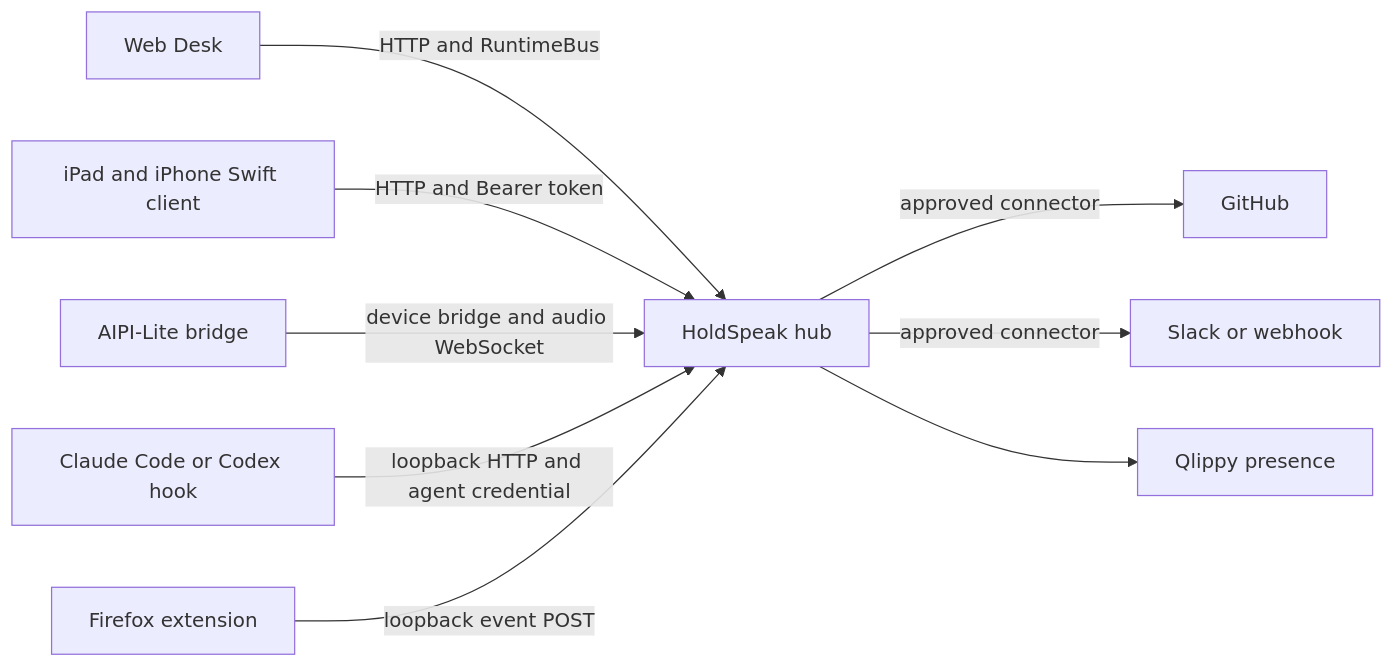
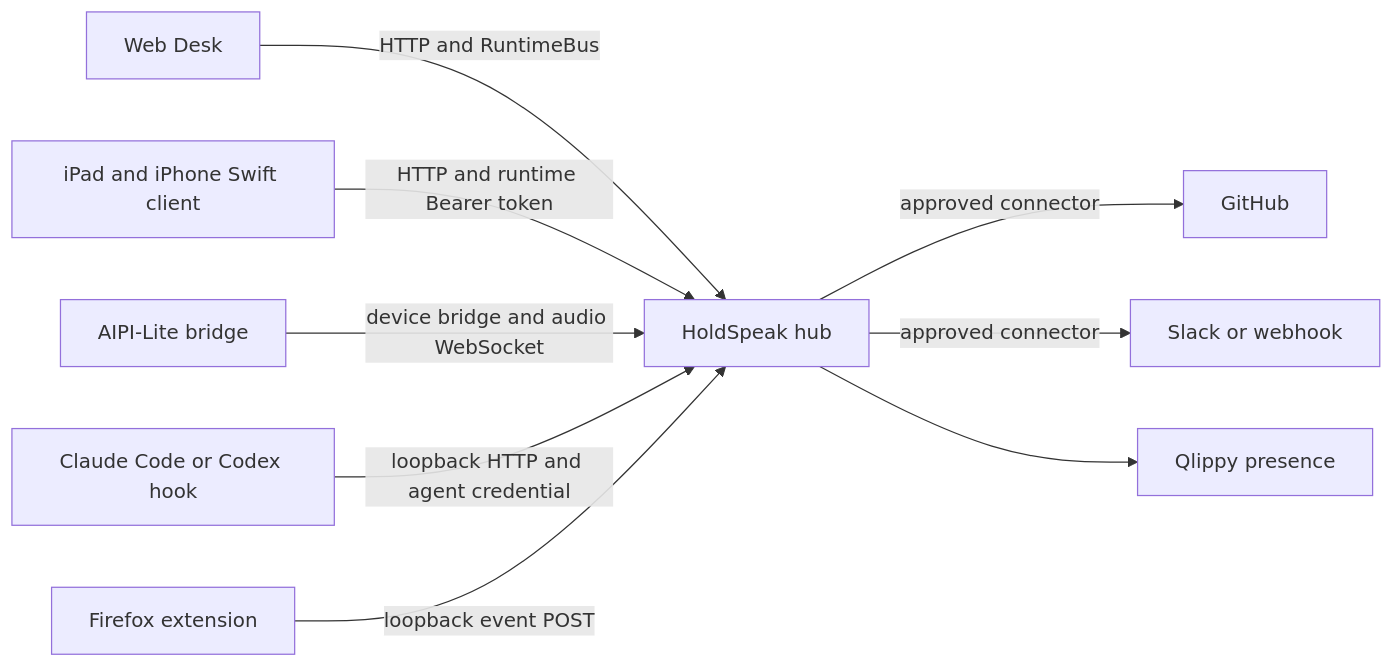
The diagram in docs/COMPANIONS_ARCHITECTURE.md (karolswdev/HoldSpeak), drawn with Mermaid before and after one commit. The commit also changed other lines of this file and 74 other files, not shown here.

Commit message:
docs: document the agentic Desk and core work flows

````diff
--- a/docs/COMPANIONS_ARCHITECTURE.md
+++ b/docs/COMPANIONS_ARCHITECTURE.md
@@ -13,11 +14,11 @@
 ```mermaid
 graph LR
     Web[Web Desk] -->|HTTP and RuntimeBus| Hub[HoldSpeak hub]
-    iPad[iPad and iPhone Swift client] -->|HTTP and Bearer token| Hub
+    iPad[iPad and iPhone Swift client] -->|HTTP and runtime Bearer token| Hub
     AIPI[AIPI-Lite bridge] -->|device bridge and audio WebSocket| Hub
     Coder[Claude Code or Codex hook] -->|loopback HTTP and agent credential| Hub
     Firefox[Firefox extension] -->|loopback event POST| Hub
     Hub -->|approved connector| GitHub[GitHub]
     Hub -->|approved connector| Slack[Slack or webhook]
     Hub --> Presence[Qlippy presence]
 ```
````
